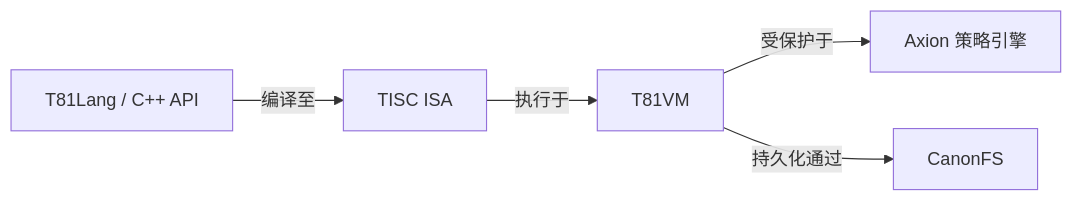
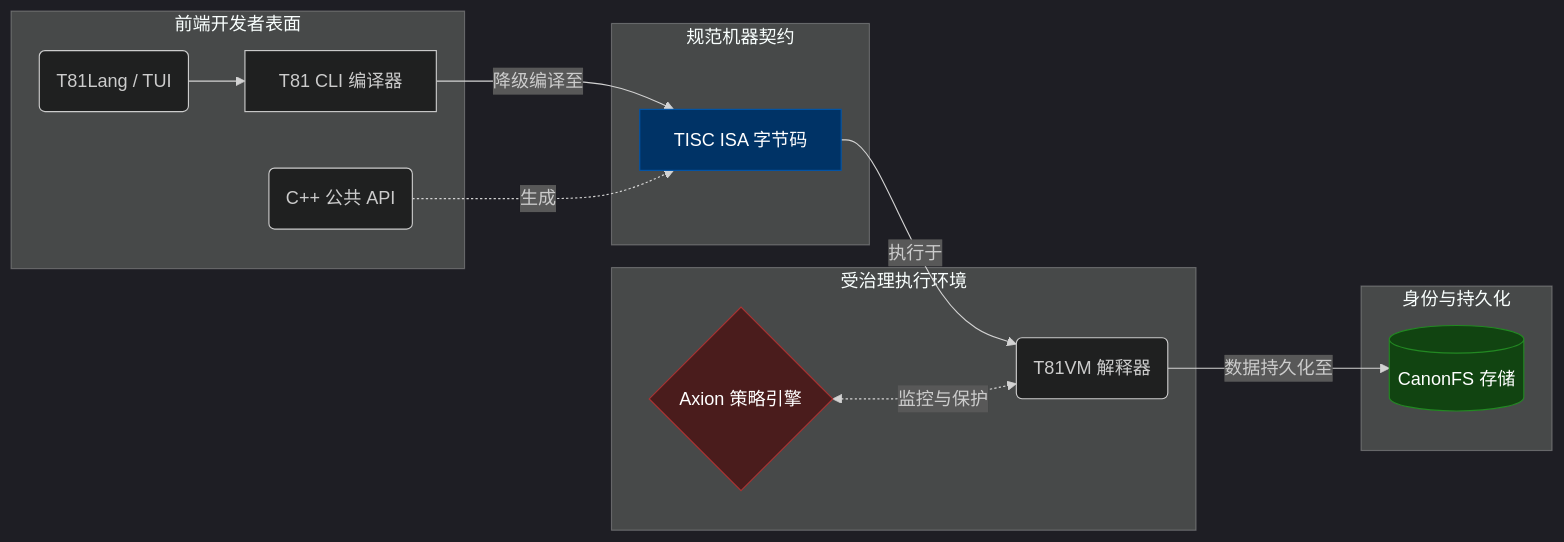
The diagram in README.zh-CN.md (t81dev/t81-foundation), drawn with Mermaid before and after one commit. The commit also changed other lines of this file and 5 other files, not shown here.

````diff
--- a/README.zh-CN.md
+++ b/README.zh-CN.md
@@ -45,7 +34,27 @@
 ```mermaid
-flowchart LR
-    A[T81Lang / C++ API] -->|编译至| B[TISC ISA]
-    B -->|执行于| C[T81VM]
-    C -->|受保护于| D[Axion 策略引擎]
-    C -->|持久化通过| E[CanonFS]
+%%{init: {'theme': 'dark', 'themeVariables': { 'fontFamily': 'inter' }}}%%
+graph LR
+    subgraph Frontend [前端开发者表面]
+        Lang(T81Lang / TUI) --> Compiler[T81 CLI 编译器]
+        Api(C++ 公共 API)
+    end
+    
+    subgraph ISA [规范机器契约]
+        TISC[TISC ISA 字节码]
+        Compiler -->|降级编译至| TISC
+        Api -.->|生成| TISC
+    end
+
+    subgraph Runtime [受治理执行环境]
+        TISC -->|执行于| T81VM(T81VM 解释器)
+        Axion{Axion 策略引擎} <-.->|监控与保护| T81VM
+    end
+
+    subgraph Data [身份与持久化]
+        T81VM -->|数据持久化至| CanonFS[(CanonFS 存储)]
+    end
+
+    style TISC fill:#003366,stroke:#0055aa,color:#fff
+    style Axion fill:#4a1c1c,stroke:#aa3333,color:#fff
+    style CanonFS fill:#114411,stroke:#228822,color:#fff
 ```
````
